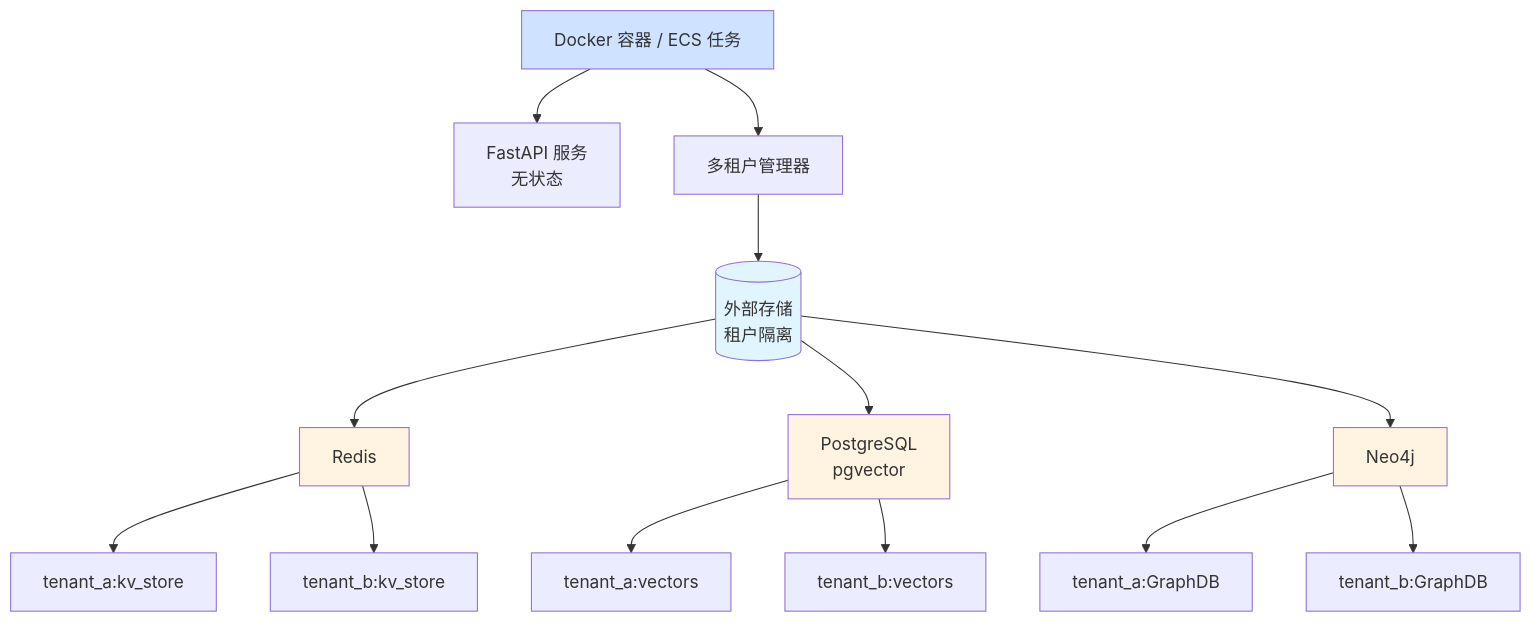
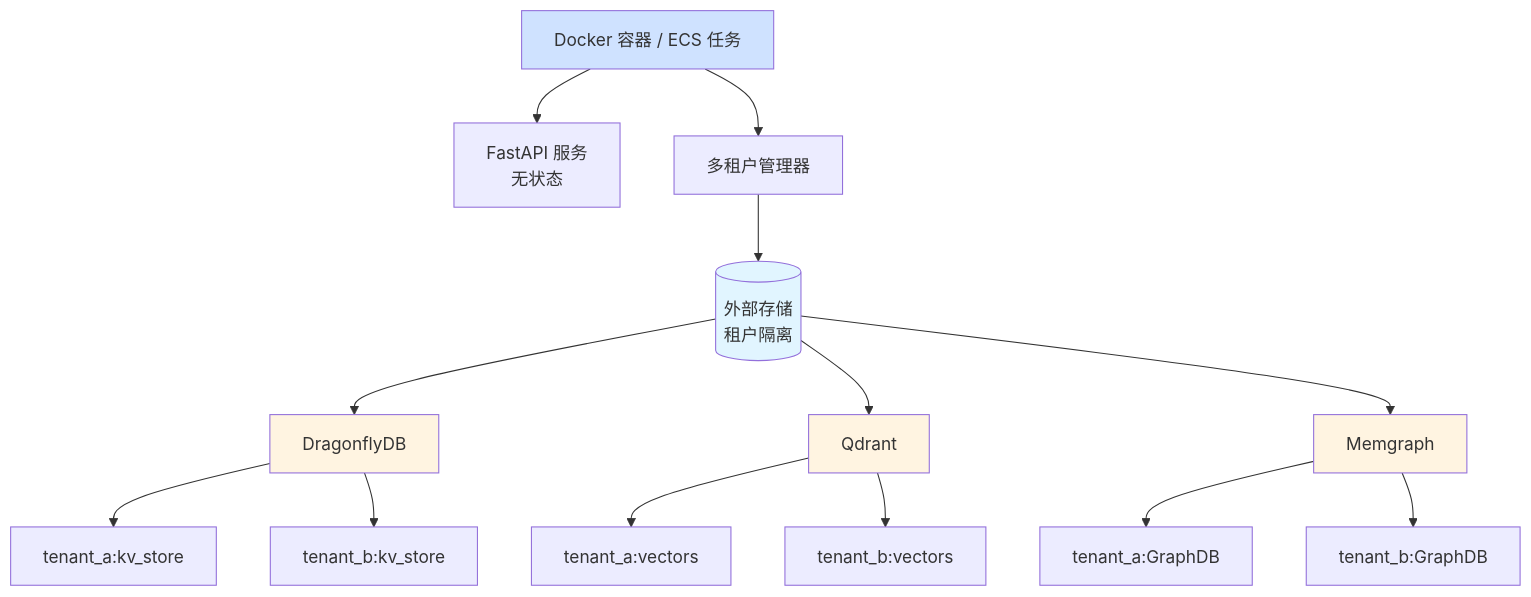
Before and after one commit to BukeLy/rag-api: the eighth of 8 diagrams in docs/ARCHITECTURE.md, drawn with Mermaid. The commit also changed other lines of this file and 3 other files, not shown here.

First line of the commit message:
feat: 更新外部存储架构，集成 DragonflyDB、Qdrant 和 Memgraph

````diff
--- a/docs/ARCHITECTURE.md
+++ b/docs/ARCHITECTURE.md
@@ -705,27 +705,27 @@
 ```mermaid
 graph TB
     A[Docker 容器 / ECS 任务]
     A --> B[FastAPI 服务<br/>无状态]
     A --> C[多租户管理器]
 
     C --> D[(外部存储<br/>租户隔离)]
 
-    D --> E[Redis]
-    D --> F[PostgreSQL<br/>pgvector]
-    D --> G[Neo4j]
+    D --> E[DragonflyDB]
+    D --> F[Qdrant]
+    D --> G[Memgraph]
 
     E --> E1[tenant_a:kv_store]
     E --> E2[tenant_b:kv_store]
 
     F --> F1[tenant_a:vectors]
     F --> F2[tenant_b:vectors]
 
     G --> G1[tenant_a:GraphDB]
     G --> G2[tenant_b:GraphDB]
 
     style A fill:#cfe2ff
     style D fill:#e1f5ff
     style E fill:#fff4e1
     style F fill:#fff4e1
     style G fill:#fff4e1
 ```
````
